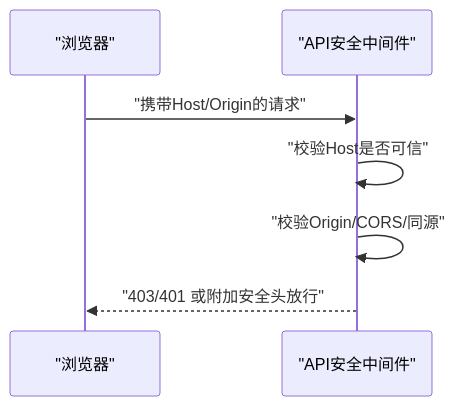
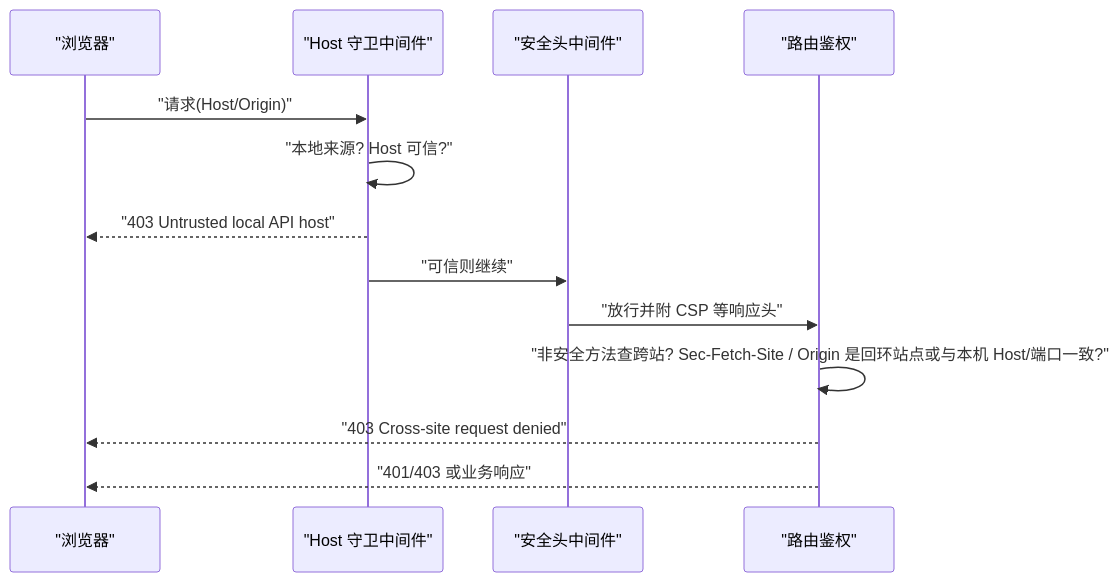
One commit to hjfire/vibe-trading-fw changed the sixth of 7 diagrams in repowiki/topics/安全与治理/沙箱机制.md. Above: the diagram before and after it, drawn with Mermaid. The commit also changed other lines of this file and 5 other files, not shown here.

````diff
--- a/repowiki/topics/安全与治理/沙箱机制.md
+++ b/repowiki/topics/安全与治理/沙箱机制.md
@@ -229,9 +279,15 @@
 ```mermaid
 sequenceDiagram
-participant Browser as "浏览器"
-participant API as "API安全中间件"
-Browser->>API : "携带Host/Origin的请求"
-API->>API : "校验Host是否可信"
-API->>API : "校验Origin/CORS/同源"
-API-->>Browser : "403/401 或附加安全头放行"
+participant B as "浏览器"
+participant M as "Host 守卫中间件"
+participant H as "安全头中间件"
+participant R as "路由鉴权"
+B->>M : "请求(Host/Origin)"
+M->>M : "本地来源? Host 可信?"
+M-->>B : "403 Untrusted local API host"
+M->>H : "可信则继续"
+H->>R : "放行并附 CSP 等响应头"
+R->>R : "非安全方法查跨站? Sec-Fetch-Site / Origin 是回环站点或与本机 Host/端口一致?"
+R-->>B : "403 Cross-site request denied"
+R-->>B : "401/403 或业务响应"
 ```
````
